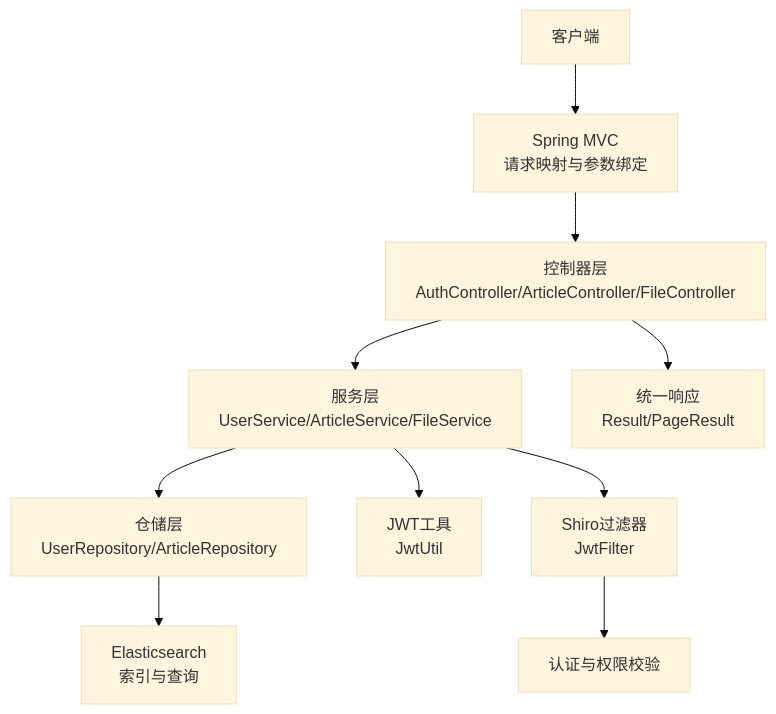
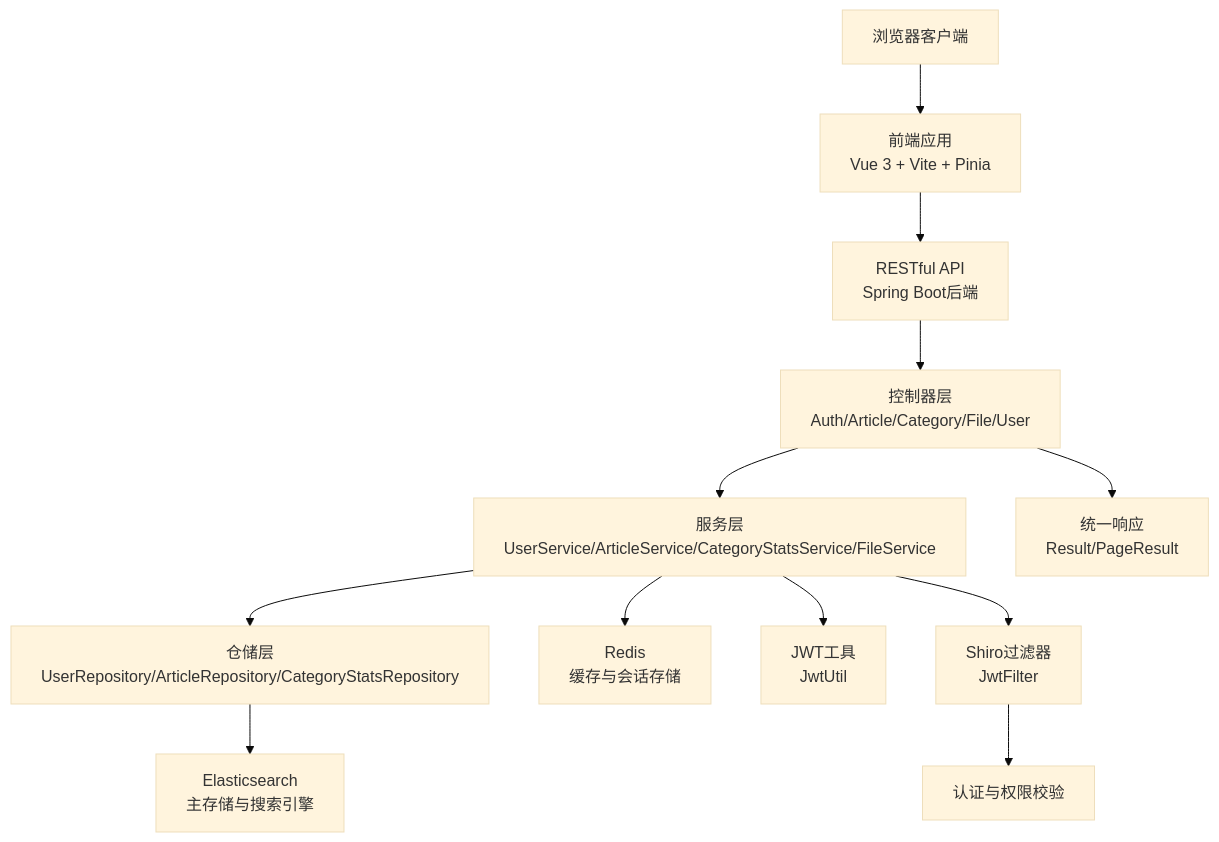
Before and after one commit to 20164206160/zhishilu: the second of 8 diagrams in .qoder/repowiki/zh/content/系统架构/整体架构设计.md, drawn with Mermaid (base theme). The commit also changed other lines of this file and 28 other files, not shown here.

````diff
--- a/.qoder/repowiki/zh/content/系统架构/整体架构设计.md
+++ b/.qoder/repowiki/zh/content/系统架构/整体架构设计.md
@@ -137,12 +178,14 @@
 ```mermaid
 graph TB
-Client["客户端"] --> MVC["Spring MVC<br/>请求映射与参数绑定"]
-MVC --> CTRL["控制器层<br/>AuthController/ArticleController/FileController"]
-CTRL --> SVC["服务层<br/>UserService/ArticleService/FileService"]
-SVC --> REPO["仓储层<br/>UserRepository/ArticleRepository"]
-REPO --> ES["Elasticsearch<br/>索引与查询"]
-SVC --> JWT["JWT工具<br/>JwtUtil"]
-SVC --> SHIRO["Shiro过滤器<br/>JwtFilter"]
-SHIRO --> AUTH["认证与权限校验"]
-CTRL --> RESP["统一响应<br/>Result/PageResult"]
+Client["浏览器客户端"] --> Frontend["前端应用<br/>Vue 3 + Vite + Pinia"]
+Frontend --> API["RESTful API<br/>Spring Boot后端"]
+API --> Controller["控制器层<br/>Auth/Article/Category/File/User"]
+Controller --> Service["服务层<br/>UserService/ArticleService/CategoryStatsService/FileService"]
+Service --> Repository["仓储层<br/>UserRepository/ArticleRepository/CategoryStatsRepository"]
+Repository --> ES["Elasticsearch<br/>主存储与搜索引擎"]
+Service --> Redis["Redis<br/>缓存与会话存储"]
+Service --> JWT["JWT工具<br/>JwtUtil"]
+Service --> Shiro["Shiro过滤器<br/>JwtFilter"]
+Shiro --> Auth["认证与权限校验"]
+Controller --> Response["统一响应<br/>Result/PageResult"]
 ```
````
